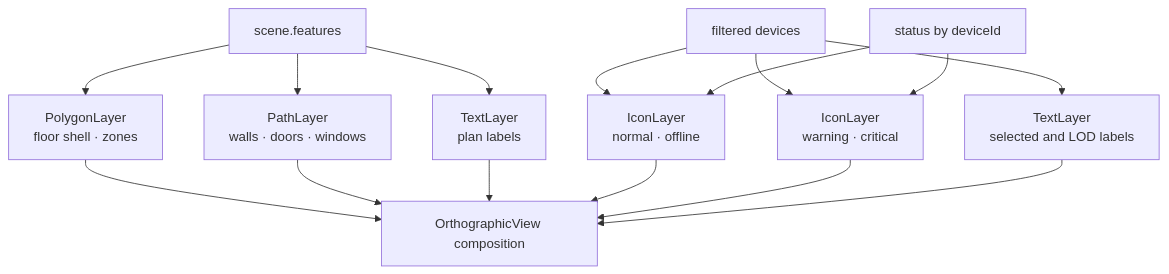
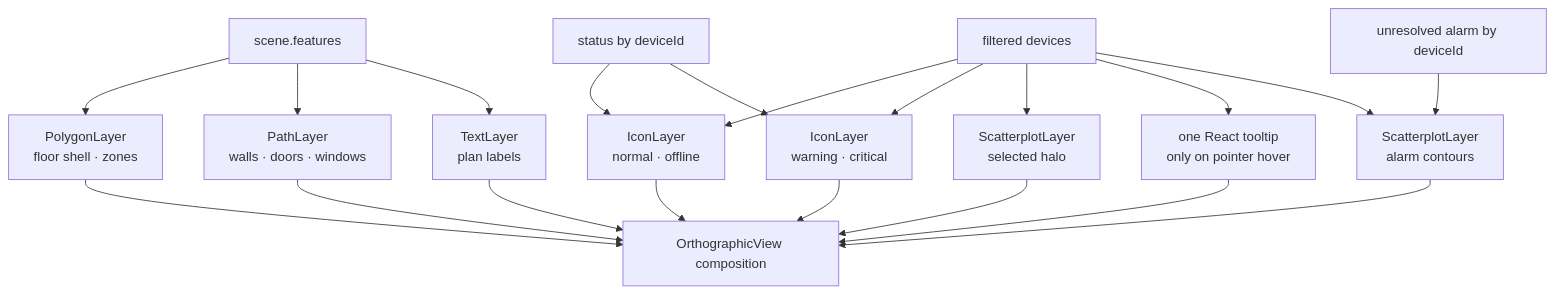
One commit to mbob72/building-operator-demo changed the third of 3 diagrams in docs/frontend-architecture.md. Above: the diagram before and after it, drawn with Mermaid. The commit also changed other lines of this file and 54 other files, not shown here.

````diff
--- a/docs/frontend-architecture.md
+++ b/docs/frontend-architecture.md
@@ -193,23 +208,29 @@
 ```mermaid
 flowchart TB
     SceneFeatures["scene.features"]
     Devices["filtered devices"]
     Telemetry["status by deviceId"]
+    Alarms["unresolved alarm by deviceId"]
 
     SceneFeatures --> Polygons["PolygonLayer<br/>floor shell · zones"]
     SceneFeatures --> Paths["PathLayer<br/>walls · doors · windows"]
     SceneFeatures --> SceneLabels["TextLayer<br/>plan labels"]
 
     Devices --> Normal["IconLayer<br/>normal · offline"]
     Devices --> Priority["IconLayer<br/>warning · critical"]
     Telemetry --> Normal
     Telemetry --> Priority
-    Devices --> DeviceLabels["TextLayer<br/>selected and LOD labels"]
+    Devices --> Selection["ScatterplotLayer<br/>selected halo"]
+    Devices --> Hover["one React tooltip<br/>only on pointer hover"]
+    Devices --> AlarmContours["ScatterplotLayer<br/>alarm contours"]
+    Alarms --> AlarmContours
 
     Polygons --> Composition["OrthographicView composition"]
     Paths --> Composition
     SceneLabels --> Composition
     Normal --> Composition
     Priority --> Composition
-    DeviceLabels --> Composition
+    Selection --> Composition
+    Hover --> Composition
+    AlarmContours --> Composition
 ```
````
